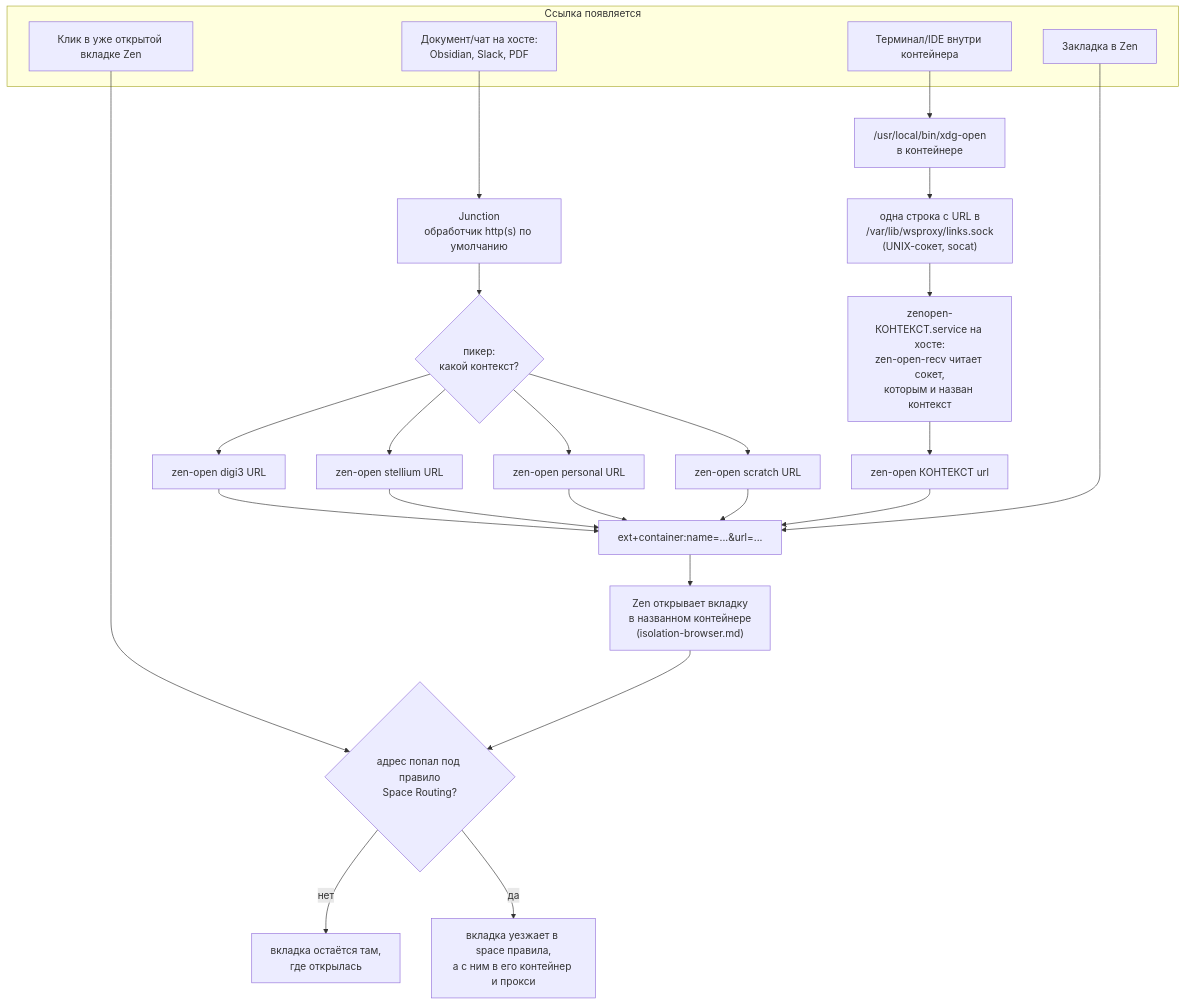
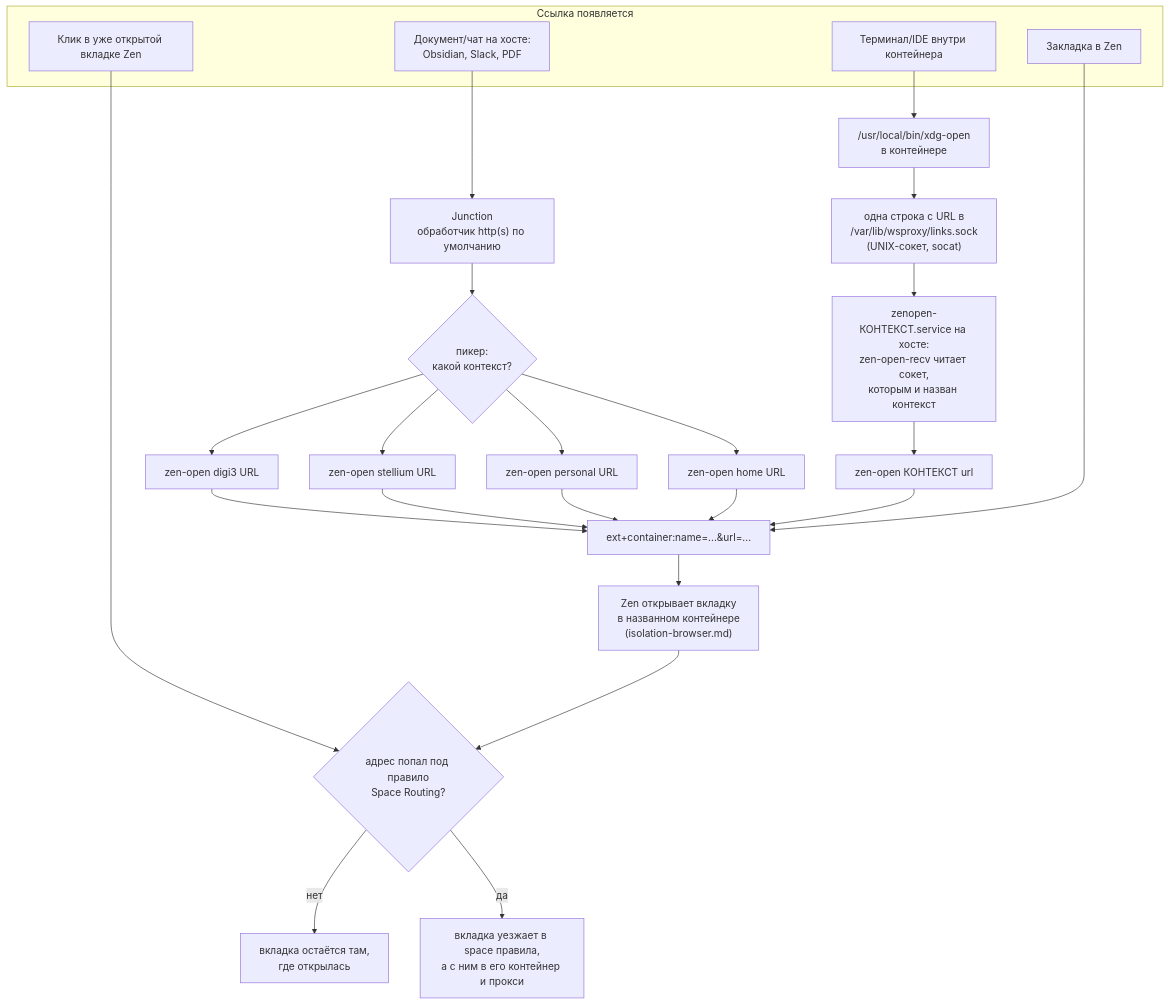
Before and after one commit to stpntkhnv/dotfiles: the diagram in docs/isolation-links.md, drawn with Mermaid. The commit also changed other lines of this file and 10 other files, not shown here.

Commit message:
контейнер без работы: scratch становится home, со своим спейсом и закладками

````diff
--- a/docs/isolation-links.md
+++ b/docs/isolation-links.md
@@ -64,35 +64,35 @@
 ```mermaid
 flowchart TD
     subgraph SRC["Ссылка появляется"]
         H["Документ/чат на хосте:<br/>Obsidian, Slack, PDF"]
         T["Терминал/IDE внутри контейнера"]
         BM["Закладка в Zen"]
         CL["Клик в уже открытой вкладке Zen"]
     end
 
     H --> J["Junction<br/>обработчик http(s) по умолчанию"]
     J --> PICK{"пикер:<br/>какой контекст?"}
     PICK --> ZO1["zen-open digi3 URL"]
     PICK --> ZO2["zen-open stellium URL"]
     PICK --> ZO3["zen-open personal URL"]
-    PICK --> ZOS["zen-open scratch URL"]
+    PICK --> ZOS["zen-open home URL"]
 
     T --> XO["/usr/local/bin/xdg-open<br/>в контейнере"]
     XO --> SOCK["одна строка с URL в<br/>/var/lib/wsproxy/links.sock<br/>(UNIX-сокет, socat)"]
     SOCK --> RECV["zenopen-КОНТЕКСТ.service на хосте:<br/>zen-open-recv читает сокет,<br/>которым и назван контекст"]
     RECV --> ZO4["zen-open КОНТЕКСТ url"]
 
     ZO1 --> URI["ext+container:name=...&url=..."]
     ZO2 --> URI
     ZO3 --> URI
     ZOS --> URI
     ZO4 --> URI
     BM --> URI
 
     URI --> ZEN["Zen открывает вкладку<br/>в названном контейнере<br/>(isolation-browser.md)"]
 
     CL --> SR{"адрес попал под правило<br/>Space Routing?"}
     ZEN --> SR
     SR -->|нет| STAY["вкладка остаётся там,<br/>где открылась"]
     SR -->|да| MOVE["вкладка уезжает в space правила,<br/>а с ним в его контейнер и прокси"]
 ```
````
